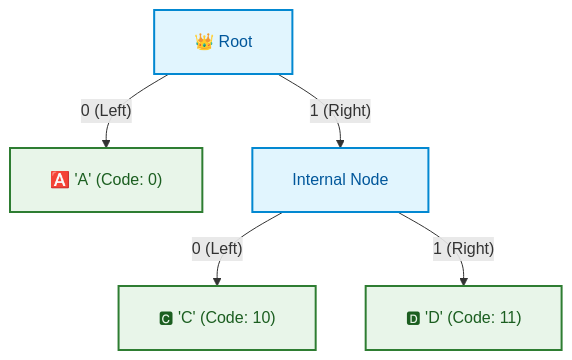
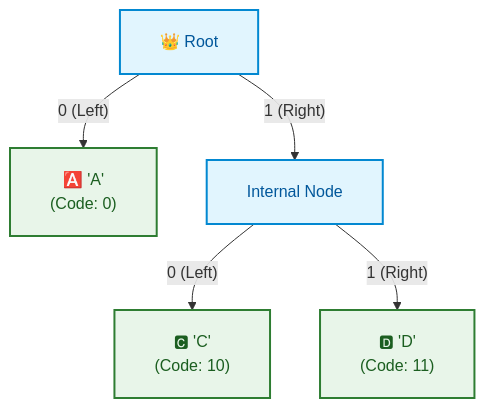
Before and after one commit to dip4k/DSA_102: the fourth of 4 diagrams in week_12_greedy_and_paradigms/WEEK_12_FULL_PLAYBOOK.md, drawn with Mermaid. The commit also changed other lines of this file and 106 other files, not shown here.

First line of the commit message:
fix(mermaid): prevent text clipping with foreignObject overflow and tighter line wrapping

````diff
--- a/week_12_greedy_and_paradigms/WEEK_12_FULL_PLAYBOOK.md
+++ b/week_12_greedy_and_paradigms/WEEK_12_FULL_PLAYBOOK.md
@@ -941,17 +941,17 @@
 ```mermaid
-%%{init: {"flowchart": {"htmlLabels": true, "padding": 20}}}%%
+%%{init: {"flowchart": {"htmlLabels": true, "padding": 20}, "themeCSS": "foreignObject { overflow: visible !important; }"}}%%
 graph TD
     classDef internalNode fill:#e1f5fe,stroke:#0288d1,stroke-width:2px,color:#01579b
     classDef charLeaf fill:#e8f5e9,stroke:#2e7d32,stroke-width:2px,color:#1b5e20
 
     Root["👑 Root"]:::internalNode
-    LeafA["🅰️ 'A' (Code: 0)"]:::charLeaf
+    LeafA["🅰️ 'A'<br/>(Code: 0)"]:::charLeaf
     InternalB["Internal Node"]:::internalNode
-    LeafC["🅲 'C' (Code: 10)"]:::charLeaf
-    LeafD["🅳 'D' (Code: 11)"]:::charLeaf
+    LeafC["🅲 'C'<br/>(Code: 10)"]:::charLeaf
+    LeafD["🅳 'D'<br/>(Code: 11)"]:::charLeaf
 
     Root -->|"0 (Left)"| LeafA
     Root -->|"1 (Right)"| InternalB
     InternalB -->|"0 (Left)"| LeafC
     InternalB -->|"1 (Right)"| LeafD
 ```
````
